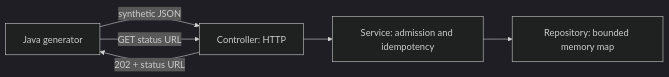
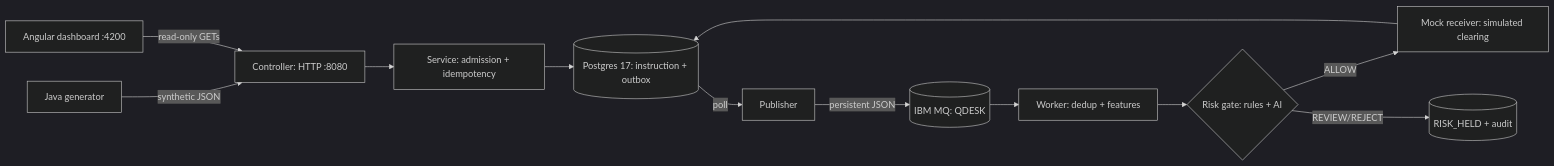
The diagram in README.md (strataga/queuedesk), drawn with Mermaid (dark theme) before and after one commit. The commit also changed other lines of this file and 262 other files, not shown here.

Commit message:
feat: complete QueueDesk lab (outbox, worker, risk gate, dashboard, k8s, CI)

````diff
--- a/README.md
+++ b/README.md
@@ -7,8 +7,13 @@
 ```mermaid
 flowchart LR
-    CLI[Java generator] -->|synthetic JSON| HTTP[Controller: HTTP]
-    HTTP --> SVC[Service: admission and idempotency]
-    SVC --> MAP[Repository: bounded memory map]
-    HTTP -->|202 + status URL| CLI
-    CLI -->|GET status URL| HTTP
+    CLI[Java generator] -->|synthetic JSON| HTTP[Controller: HTTP :8080]
+    HTTP --> SVC[Service: admission + idempotency]
+    SVC --> PG[(Postgres 17: instruction + outbox)]
+    PG -->|poll| PUB[Publisher] -->|persistent JSON| MQ[(IBM MQ: QDESK)]
+    MQ --> WRK[Worker: dedup + features]
+    WRK --> RISK{Risk gate: rules + AI}
+    RISK -->|ALLOW| RCV[Mock receiver: simulated clearing]
+    RISK -->|REVIEW/REJECT| HELD[(RISK_HELD + audit)]
+    RCV --> PG
+    UI[Angular dashboard :4200] -->|read-only GETs| HTTP
 ```
````
